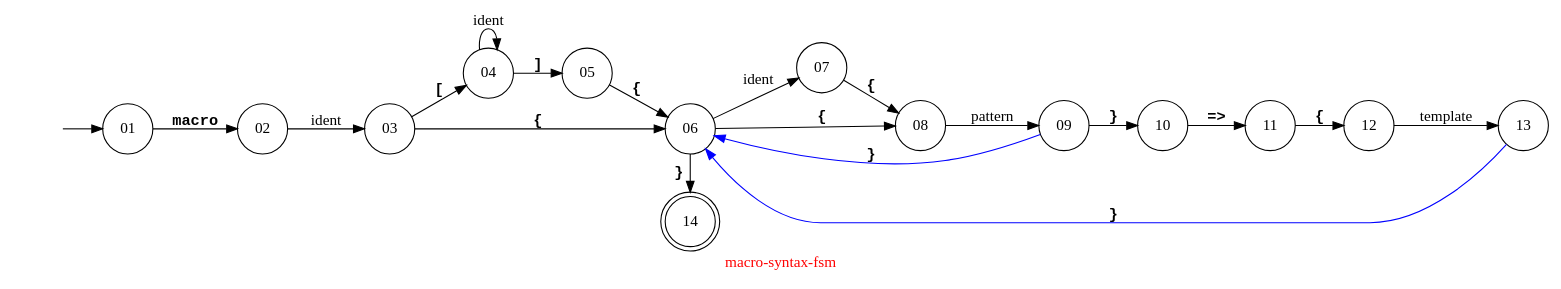
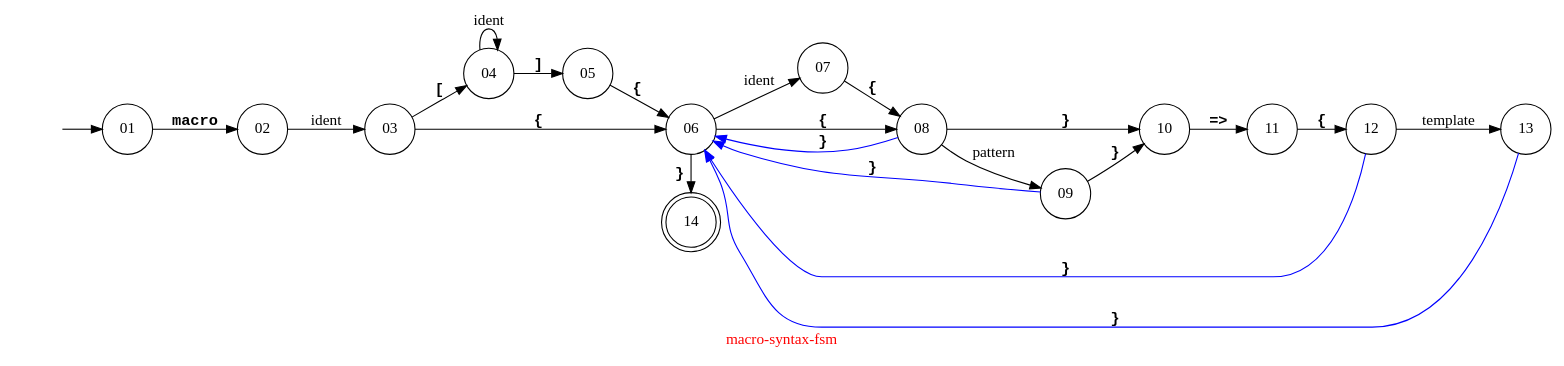
The diagram in src/macro-system-parser/macro-syntax-fsm.dot (Ayyzee/dakota), drawn with Graphviz before and after one commit.

Commit message:
Added missing edges for empty patterns and templates.

```diff
--- a/src/macro-system-parser/macro-syntax-fsm.dot
+++ b/src/macro-system-parser/macro-syntax-fsm.dot
@@ -1,65 +1,69 @@
 // Copyright (C) 2007 - 2015 Robert Nielsen <robert@dakota.org>
 //
 // Licensed under the Apache License, Version 2.0 (the "License");
 // you may not use this file except in compliance with the License.
 // You may obtain a copy of the License at
 //
 //      http://www.apache.org/licenses/LICENSE-2.0
 //
 // Unless required by applicable law or agreed to in writing, software
 // distributed under the License is distributed on an "AS IS" BASIS,
 // WITHOUT WARRANTIES OR CONDITIONS OF ANY KIND, either express or implied.
 // See the License for the specific language governing permissions and
 // limitations under the License.
 
 digraph "macro-syntax-fsm"
 {
   graph [ label = "\G", fontcolor = red ];
   graph [ rankdir = "LR",
           center = true,
           //size = "7.5,10",
           ];
 
   //node [ shape = circle, label = "", width = 0.25 ];
   // OR
   node [ shape = circle ];
 
   edge [ fontname = "courier" ];
 
   00 [ style = invis ];
   14 [ shape = doublecircle ];
 
   00 -> 01;
   01 -> 02 [ label = "macro", fontname = "courier-bold" ];
   02 -> 03 [ label = "ident", fontname = "courier-italic" ];
   03 -> 04 [ label = "[", fontname = "courier-bold" ];
-  03 -> 06 [ label = "{", fontname = "courier-bold", weight = 3. ];
+  03 -> 06 [ label = "{", fontname = "courier-bold", weight = 4.0 ];
   04 -> 04 [ label = "ident", fontname = "courier-italic" ];
   04 -> 05 [ label = "]", fontname = "courier-bold" ];
   05 -> 06 [ label = "{", fontname = "courier-bold" ];
 
   06 -> 07 [ label = "ident", fontname = "courier-italic" ];
-  06 -> 08 [ label = "{", fontname = "courier-bold", weight = 3. ];
+  06 -> 08 [ label = "{", fontname = "courier-bold", weight = 4.0 ];
   06 -> 14 [ label = "}", fontname = "courier-bold" ];
   07 -> 08 [ label = "{", fontname = "courier-bold" ];
-  08 -> 09 [ label = "pattern", fontname = "courier-italic", weight = 3. ];
-  09 -> 10 [ label = "}", fontname = "courier-bold", weight = 3. ];
-  09 -> 06 [ label = "}", fontname = "courier-bold", color = blue, weight = 1. ]; // back
+  08 -> 06 [ label = "}", fontname = "courier-bold", color = blue, weight = 1.0 ]; // back
   
-  10 -> 11 [ label = "=>", fontname = "courier-bold", weight = 3. ];
-  11 -> 12 [ label = "{", fontname = "courier-bold", weight = 3. ];
-  12 -> 13 [ label = "template", fontname = "courier-italic", weight = 3. ];
-  13 -> 06 [ label = "}", fontname = "courier-bold", color = blue, weight = 1. ]; // back
+  08 -> 09 [ label = "pattern", fontname = "courier-italic" ];
+  08 -> 10 [ label = "}", fontname = "courier-bold", weight = 4.0 ];
+  09 -> 06 [ label = "}", fontname = "courier-bold", color = blue, weight = 1.0 ]; // back
+
+  09 -> 10 [ label = "}", fontname = "courier-bold" ];
+  10 -> 11 [ label = "=>", fontname = "courier-bold", weight = 4.0 ];
+  11 -> 12 [ label = "{", fontname = "courier-bold", weight = 4.0 ];
+  12 -> 13 [ label = "template", fontname = "courier-italic", weight = 4.0 ];
+  12 -> 06 [ label = "}", fontname = "courier-bold", color = blue, weight = 1.0 ]; // back
+  13 -> 06 [ label = "}", fontname = "courier-bold", color = blue, weight = 1.0 ]; // back
 
   subgraph { graph [ rank = same ]; 06; 14; }
 }
 // named   pattern(s)  (macro m { p1 {}       {}       p2 {}       {}       ... })
 // unnamed pattern     (macro m {    {}       {}          {}       {}           })
 // named   rule set(s) (macro m { r1 {} => {} {} => {} r2 {} => {} {} => {} ... })
 // unnamed rule set    (macro m {    {} => {} {} => {}    {} => {} {} => {}     })
 
 // one and only one unnamed rule set xor unnamed pattern (which is the macro entry point)
 
 // macro m              { klass-or-trait { klass }              { trait }          ... }
 // macro klass-or-trait {                { klass }              { trait }              }
 // macro klass-or-trait {                { klass } => { klass } { trait } => { trait } }
```
